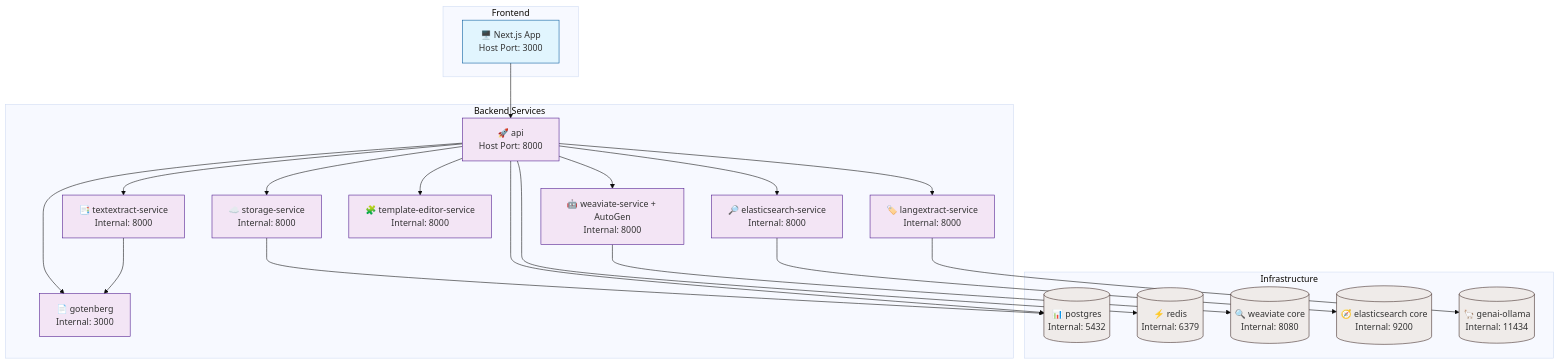
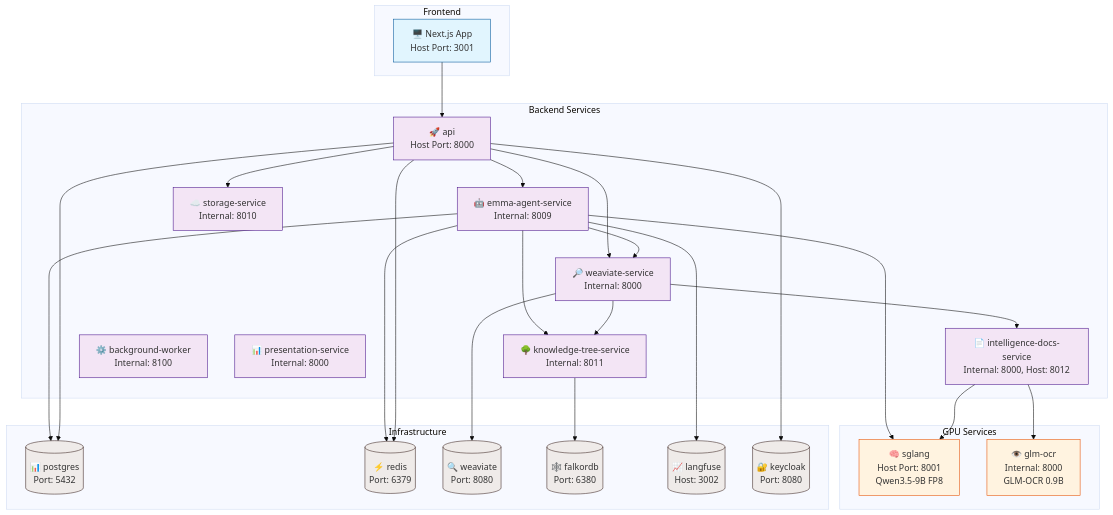
The diagram in backend/architecture/docker-architecture.md (horelvis/nexus-documents-ia), drawn with Mermaid (base theme) before and after one commit. The commit also changed other lines of this file, not shown here.

Commit message:
docs(architecture): rewrite docker architecture diagram
Update Mermaid diagram to reflect current state:
- Remove: Ollama, template-editor, langextract-service (standalone)
- Add: emma-agent-service, intelligence-docs-service, FalkorDB, SGLang, GLM-OCR
- Add GPU VRAM allocation table
- Add data flow diagram for indexing and query paths

````diff
--- a/backend/architecture/docker-architecture.md
+++ b/backend/architecture/docker-architecture.md
@@ -5,50 +5,66 @@
 ```mermaid
 graph TB
     subgraph "Frontend"
-        NextJS[🖥️ Next.js App<br/>Host Port: 3000]
+        NextJS[🖥️ Next.js App<br/>Host Port: 3001]
     end
 
     subgraph "Backend Services"
         API[🚀 api<br/>Host Port: 8000]
-        WeaviateSvc[🤖 weaviate-service + AutoGen<br/>Internal: 8000]
-        LangExtractSvc[🏷️ langextract-service<br/>Internal: 8000]
-        TextExtractSvc[📑 textextract-service<br/>Internal: 8000]
-        TemplateSvc[🧩 template-editor-service<br/>Internal: 8000]
-        StorageSvc[☁️ storage-service<br/>Internal: 8000]
-        ElasticSvc[🔎 elasticsearch-service<br/>Internal: 8000]
-        GotenbergSvc[📄 gotenberg<br/>Internal: 3000]
+        EmmaSvc[🤖 emma-agent-service<br/>Internal: 8009]
+        WeaviateSvc[🔎 weaviate-service<br/>Internal: 8000]
+        IntelligenceSvc[📄 intelligence-docs-service<br/>Internal: 8000, Host: 8012]
+        KnowledgeTreeSvc[🌳 knowledge-tree-service<br/>Internal: 8011]
+        BackgroundWorker[⚙️ background-worker<br/>Internal: 8100]
+        StorageSvc[☁️ storage-service<br/>Internal: 8010]
+        PresentationSvc[📊 presentation-service<br/>Internal: 8000]
+    end
+
+    subgraph "GPU Services"
+        SGLang[🧠 sglang<br/>Host Port: 8001<br/>Qwen3.5-9B FP8]
+        GLMOCR[👁️ glm-ocr<br/>Internal: 8000<br/>GLM-OCR 0.9B]
     end
 
     subgraph "Infrastructure"
-        Postgres[(📊 postgres<br/>Internal: 5432)]
-        Redis[(⚡ redis<br/>Internal: 6379)]
-        WeaviateCore[(🔍 weaviate core<br/>Internal: 8080)]
-        ElasticsearchCore[(🧭 elasticsearch core<br/>Internal: 9200)]
-        Ollama[(🦙 genai-ollama<br/>Internal: 11434)]
+        Postgres[(📊 postgres<br/>Port: 5432)]
+        Redis[(⚡ redis<br/>Port: 6379)]
+        WeaviateCore[(🔍 weaviate<br/>Port: 8080)]
+        FalkorDB[(🕸️ falkordb<br/>Port: 6380)]
+        Langfuse[(📈 langfuse<br/>Host: 3002)]
+        Keycloak[(🔐 keycloak<br/>Port: 8080)]
     end
 
     NextJS --> API
+    API --> EmmaSvc
     API --> WeaviateSvc
-    API --> LangExtractSvc
-    API --> TextExtractSvc
-    API --> TemplateSvc
     API --> StorageSvc
-    API --> ElasticSvc
-    API --> GotenbergSvc
+
+    EmmaSvc --> SGLang
+    EmmaSvc --> WeaviateSvc
+    EmmaSvc --> KnowledgeTreeSvc
+    EmmaSvc --> Langfuse
+    EmmaSvc --> Postgres
+    EmmaSvc --> Redis
 
     WeaviateSvc --> WeaviateCore
-    LangExtractSvc --> Ollama
-    TextExtractSvc --> GotenbergSvc
-    StorageSvc --> Postgres
+    WeaviateSvc --> IntelligenceSvc
+    WeaviateSvc --> KnowledgeTreeSvc
+
+    IntelligenceSvc --> SGLang
+    IntelligenceSvc --> GLMOCR
+
+    KnowledgeTreeSvc --> FalkorDB
+
     API --> Postgres
     API --> Redis
-    ElasticSvc --> ElasticsearchCore
+    API --> Keycloak
 
     classDef frontend fill:#e1f5fe,stroke:#01579b
     classDef backend fill:#f3e5f5,stroke:#4a148c
+    classDef gpu fill:#fff3e0,stroke:#e65100
     classDef infra fill:#efebe9,stroke:#3e2723
 
     class NextJS frontend
-    class API,WeaviateSvc,LangExtractSvc,TextExtractSvc,TemplateSvc,StorageSvc,ElasticSvc,GotenbergSvc backend
-    class Postgres,Redis,WeaviateCore,ElasticsearchCore,Ollama infra
+    class API,EmmaSvc,WeaviateSvc,IntelligenceSvc,KnowledgeTreeSvc,BackgroundWorker,StorageSvc,PresentationSvc backend
+    class SGLang,GLMOCR gpu
+    class Postgres,Redis,WeaviateCore,FalkorDB,Langfuse,Keycloak infra
 ```
````
